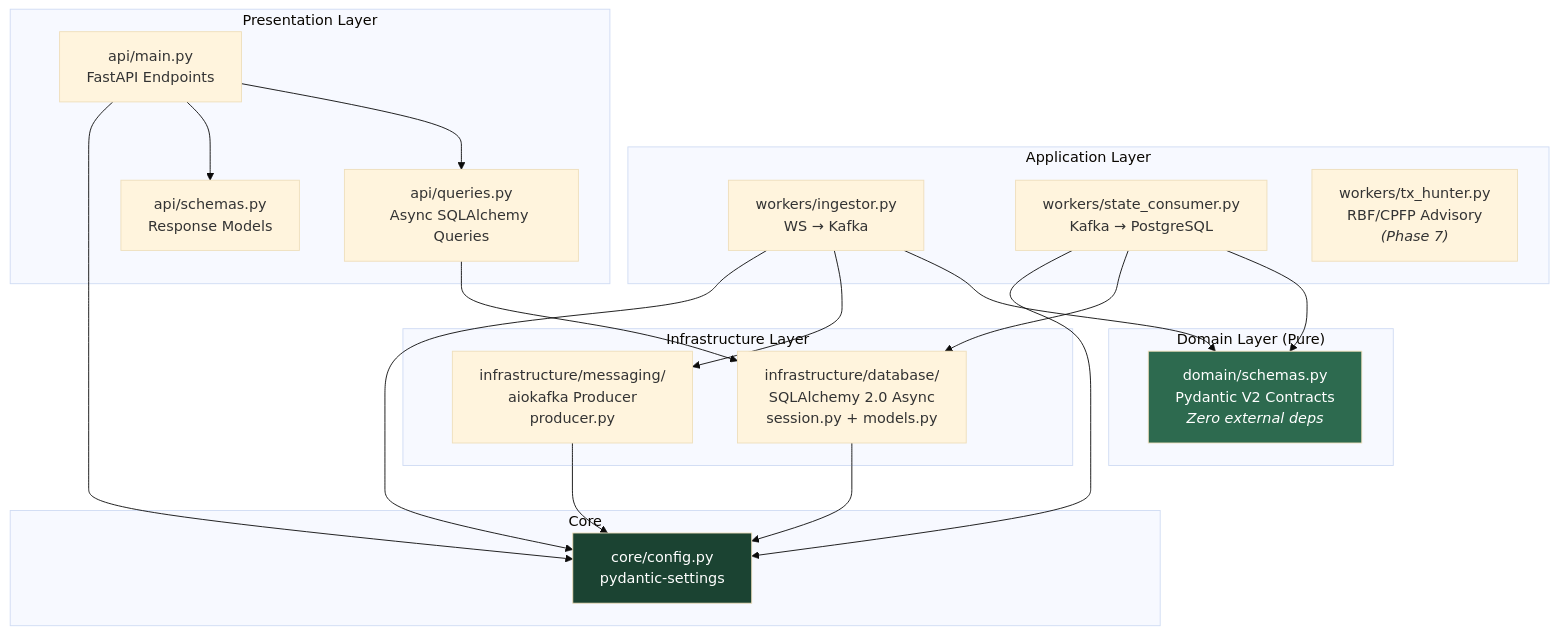
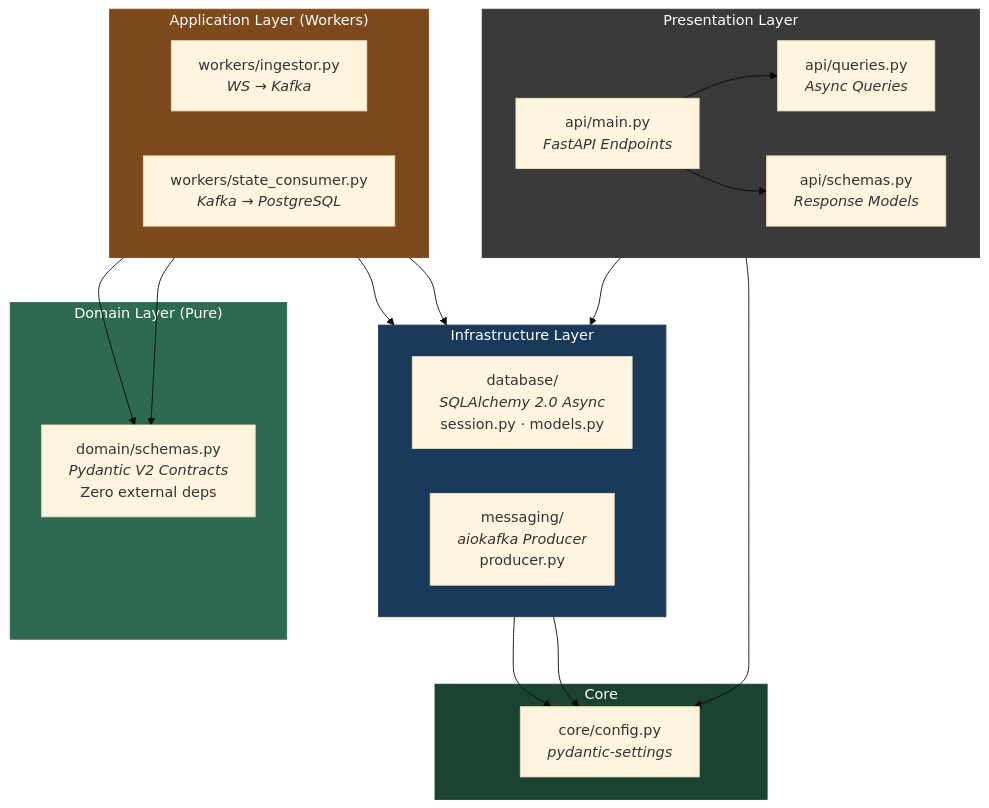
One commit to ieshatchuell/mempool-orchestrator changed the second of 8 diagrams in docs/architecture.md. Above: the diagram before and after it, drawn with Mermaid (base theme). The commit also changed other lines of this file and 10 other files, not shown here.

First line of the commit message:
feat(session-7): frontend polish — fee histogram, block weight chart, animations, docs refactor

````diff
--- a/docs/architecture.md
+++ b/docs/architecture.md
@@ -42,43 +42,53 @@
 ```mermaid
-graph TB
-    subgraph "Domain Layer (Pure)"
-        D["domain/schemas.py<br/>Pydantic V2 Contracts<br/><i>Zero external deps</i>"]
+graph TD
+    subgraph PRESENTATION ["Presentation Layer"]
+        direction LR
+        M["api/main.py<br/><i>FastAPI Endpoints</i>"]
+        Q["api/queries.py<br/><i>Async Queries</i>"]
+        S["api/schemas.py<br/><i>Response Models</i>"]
     end
 
-    subgraph "Infrastructure Layer"
-        DB["infrastructure/database/<br/>SQLAlchemy 2.0 Async<br/>session.py + models.py"]
-        MSG["infrastructure/messaging/<br/>aiokafka Producer<br/>producer.py"]
+    subgraph APPLICATION ["Application Layer (Workers)"]
+        direction LR
+        W1["workers/ingestor.py<br/><i>WS → Kafka</i>"]
+        W2["workers/state_consumer.py<br/><i>Kafka → PostgreSQL</i>"]
     end
 
-    subgraph "Application Layer"
-        W1["workers/ingestor.py<br/>WS → Kafka"]
-        W2["workers/state_consumer.py<br/>Kafka → PostgreSQL"]
-        W3["workers/tx_hunter.py<br/>RBF/CPFP Advisory<br/><i>(Phase 7)</i>"]
+    subgraph INFRASTRUCTURE ["Infrastructure Layer"]
+        direction LR
+        DB["database/<br/><i>SQLAlchemy 2.0 Async</i><br/>session.py · models.py"]
+        MSG["messaging/<br/><i>aiokafka Producer</i><br/>producer.py"]
     end
 
-    subgraph "Presentation Layer"
-        Q["api/queries.py<br/>Async SQLAlchemy Queries"]
-        M["api/main.py<br/>FastAPI Endpoints"]
-        S["api/schemas.py<br/>Response Models"]
+    subgraph DOMAIN ["Domain Layer (Pure)"]
+        D["domain/schemas.py<br/><i>Pydantic V2 Contracts</i><br/>Zero external deps"]
     end
 
-    subgraph "Core"
-        C["core/config.py<br/>pydantic-settings"]
+    subgraph CORE ["Core"]
+        C["core/config.py<br/><i>pydantic-settings</i>"]
     end
 
-    W1 --> D
-    W1 --> MSG
-    W1 --> C
-    W2 --> D
-    W2 --> DB
-    W2 --> C
-    Q --> DB
+    %% Presentation → Infrastructure
     M --> Q
     M --> S
-    M --> C
+    Q --> DB
+
+    %% Workers → Infrastructure + Domain
+    W1 --> MSG
+    W1 --> D
+    W2 --> DB
+    W2 --> D
+
+    %% Infrastructure → Domain + Core
     DB --> C
     MSG --> C
 
-    style D fill:#2d6a4f,color:#fff
-    style C fill:#1b4332,color:#fff
+    %% Cross-layer → Core
+    M --> C
+
+    style DOMAIN fill:#2d6a4f,color:#fff,stroke:#2d6a4f
+    style CORE fill:#1b4332,color:#fff,stroke:#1b4332
+    style INFRASTRUCTURE fill:#1a3a5c,color:#fff,stroke:#1a3a5c
+    style APPLICATION fill:#7c4a1d,color:#fff,stroke:#7c4a1d
+    style PRESENTATION fill:#3a3a3a,color:#fff,stroke:#3a3a3a
 ```
````
